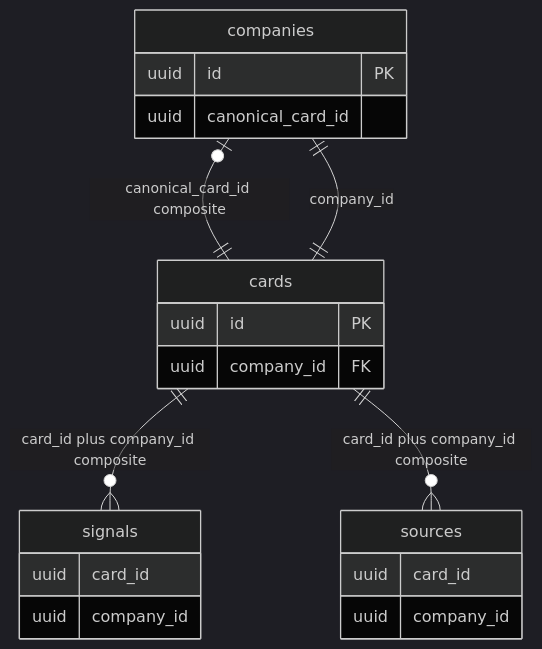
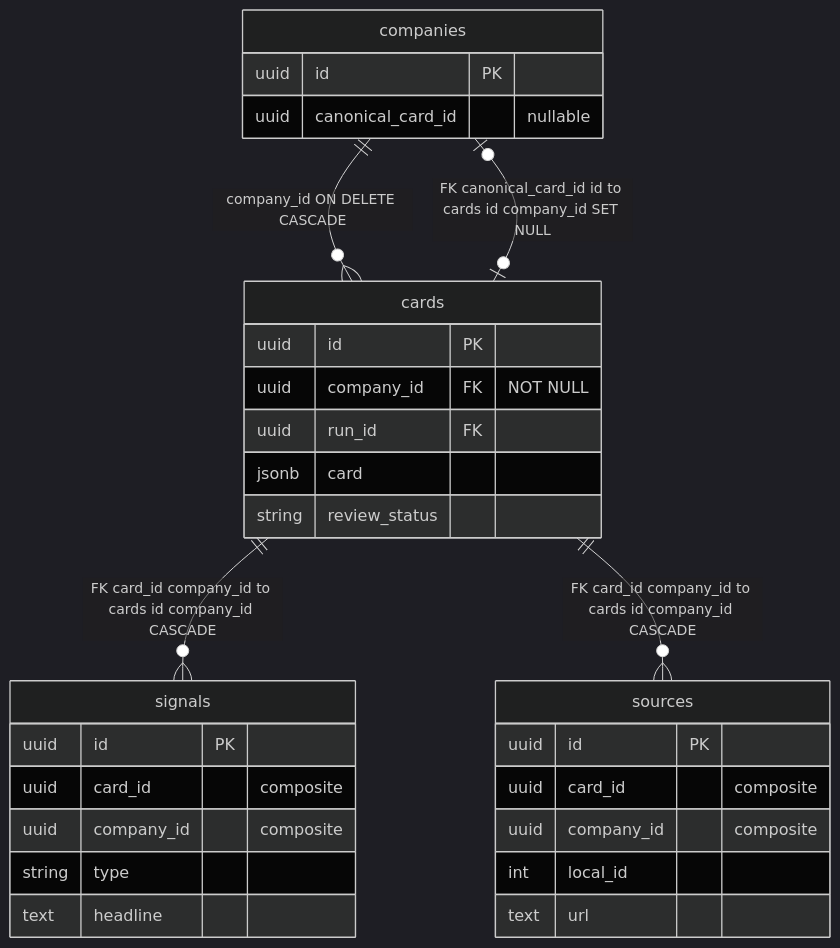
The ninth of 10 diagrams in docs/phase-1/P1-04-admin.md (Growth-Maschine/NORAD-INTEL-ENGINE-V1), drawn with Mermaid (dark theme) before and after one commit. The commit also changed other lines of this file, not shown here.

First line of the commit message:
docs(phase-1): update admin documentation for schema clarity and foreign key references

````diff
--- a/docs/phase-1/P1-04-admin.md
+++ b/docs/phase-1/P1-04-admin.md
@@ -889,24 +1080,33 @@
 ```mermaid
 erDiagram
     companies {
         uuid id PK
-        uuid canonical_card_id
+        uuid canonical_card_id "nullable"
     }
     cards {
         uuid id PK
-        uuid company_id FK
+        uuid company_id FK "NOT NULL"
+        uuid run_id FK
+        jsonb card
+        string review_status
     }
     signals {
-        uuid card_id
-        uuid company_id
+        uuid id PK
+        uuid card_id "composite"
+        uuid company_id "composite"
+        string type
+        text headline
     }
     sources {
-        uuid card_id
-        uuid company_id
+        uuid id PK
+        uuid card_id "composite"
+        uuid company_id "composite"
+        int local_id
+        text url
     }
 
-    cards ||--|| companies : company_id
-    companies |o--|| cards : "canonical_card_id composite"
-    cards ||--o{ signals : "card_id plus company_id composite"
-    cards ||--o{ sources : "card_id plus company_id composite"
+    companies ||--o{ cards : "company_id ON DELETE CASCADE"
+    companies |o--o| cards : "FK canonical_card_id id to cards id company_id SET NULL"
+    cards ||--o{ signals : "FK card_id company_id to cards id company_id CASCADE"
+    cards ||--o{ sources : "FK card_id company_id to cards id company_id CASCADE"
 ```
````
